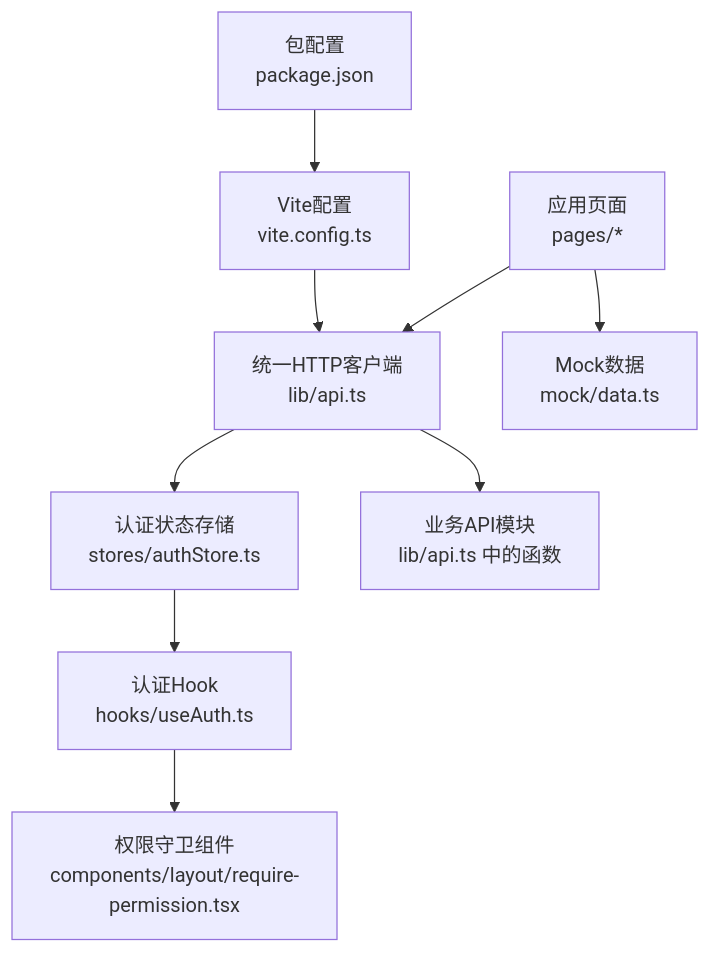
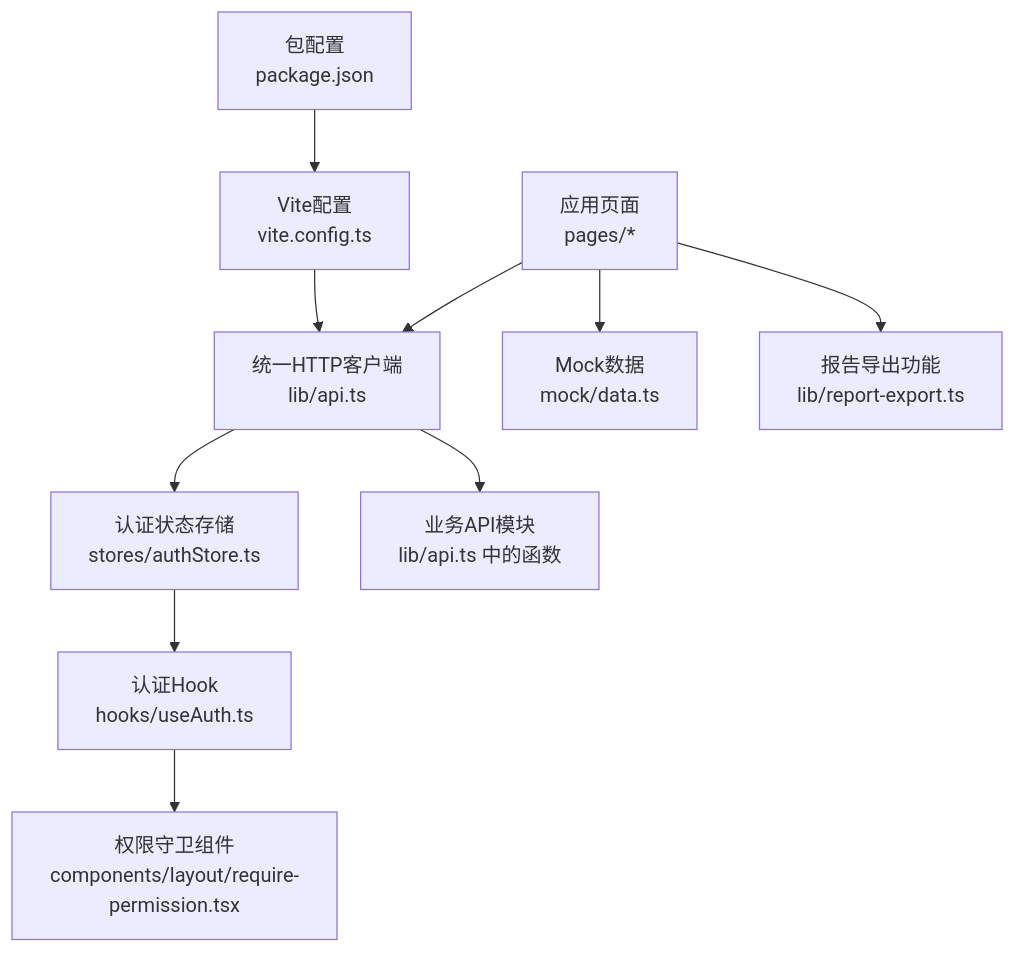
One commit to Damao997/newproject changed the first of 6 diagrams in .qoder/repowiki/zh/content/API集成层/API集成层.md. Above: the diagram before and after it, drawn with Mermaid. The commit also changed other lines of this file and 40 other files, not shown here.

First line of the commit message:
feat(dashboard/inventory): 仪表板与存货模块真实数据接入及图表卡片拆分

````diff
--- a/.qoder/repowiki/zh/content/API集成层/API集成层.md
+++ b/.qoder/repowiki/zh/content/API集成层/API集成层.md
@@ -41,11 +50,12 @@
 ```mermaid
 graph TB
 A["应用页面<br/>pages/*"] --> B["统一HTTP客户端<br/>lib/api.ts"]
 B --> C["认证状态存储<br/>stores/authStore.ts"]
 B --> D["业务API模块<br/>lib/api.ts 中的函数"]
 C --> E["认证Hook<br/>hooks/useAuth.ts"]
 E --> F["权限守卫组件<br/>components/layout/require-permission.tsx"]
 A --> G["Mock数据<br/>mock/data.ts"]
-H["Vite配置<br/>vite.config.ts"] --> B
-I["包配置<br/>package.json"] --> H
+A --> H["报告导出功能<br/>lib/report-export.ts"]
+I["Vite配置<br/>vite.config.ts"] --> B
+J["包配置<br/>package.json"] --> I
 ```
````
